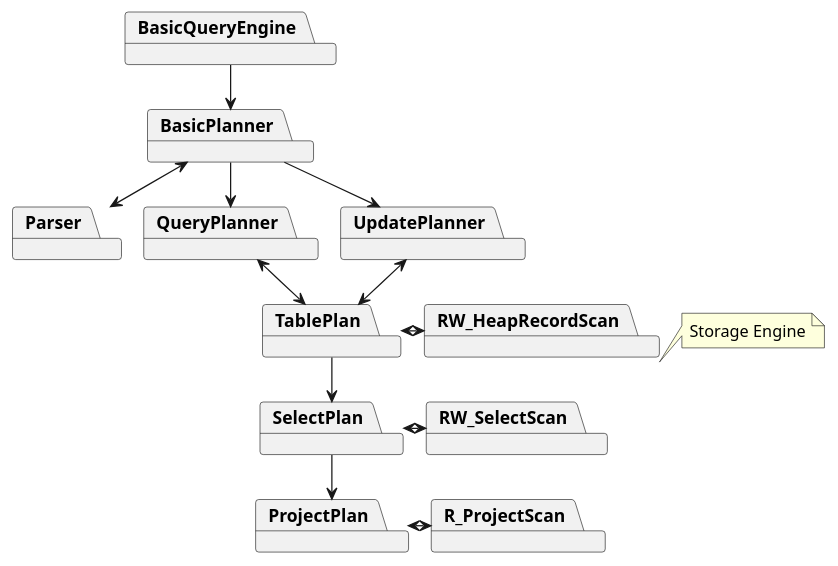
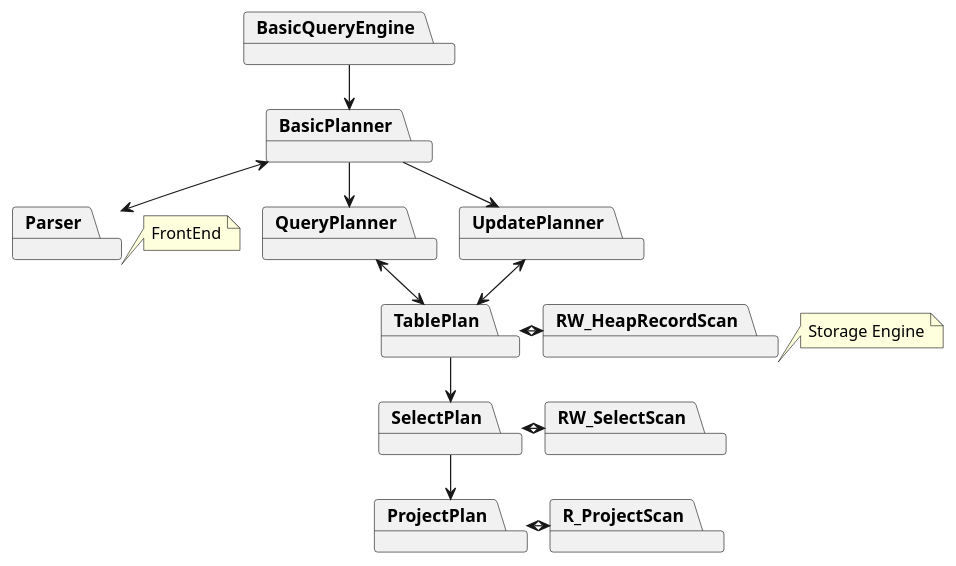
One commit to dborchard/tiny-db changed the diagram in docs/diagrams/B_BasicQueryEngine.puml. Above: the diagram before and after it, drawn with PlantUML.

Commit message:
Implemented BTree Serializable Class

```diff
--- a/docs/diagrams/B_BasicQueryEngine.puml
+++ b/docs/diagrams/B_BasicQueryEngine.puml
@@ -1,40 +1,45 @@
 @startuml Basic Query Engine Flow
 !pragma layout smetana
 
 package BasicQueryEngine
 package BasicPlanner
 package Parser
 package QueryPlanner
 package UpdatePlanner
 
 
 package SelectPlan
 package ProjectPlan
 package TablePlan
 package RW_HeapRecordScan
 
 package R_ProjectScan
 package RW_SelectScan
 
 BasicQueryEngine --> BasicPlanner
 
 BasicPlanner <--> Parser
 
 BasicPlanner --> QueryPlanner
 BasicPlanner --> UpdatePlanner
 
 UpdatePlanner <--> TablePlan
 QueryPlanner <--> TablePlan
 TablePlan --> SelectPlan
 SelectPlan --> ProjectPlan
 
 SelectPlan <.> RW_SelectScan
 ProjectPlan <.> R_ProjectScan
 TablePlan <.> RW_HeapRecordScan
 
+'RW_SelectScan -> RW_HeapRecordScan
+
 note right of RW_HeapRecordScan
   Storage Engine
 end note
 
+note right of Parser
+  FrontEnd
+end note
 
 @enduml
```
